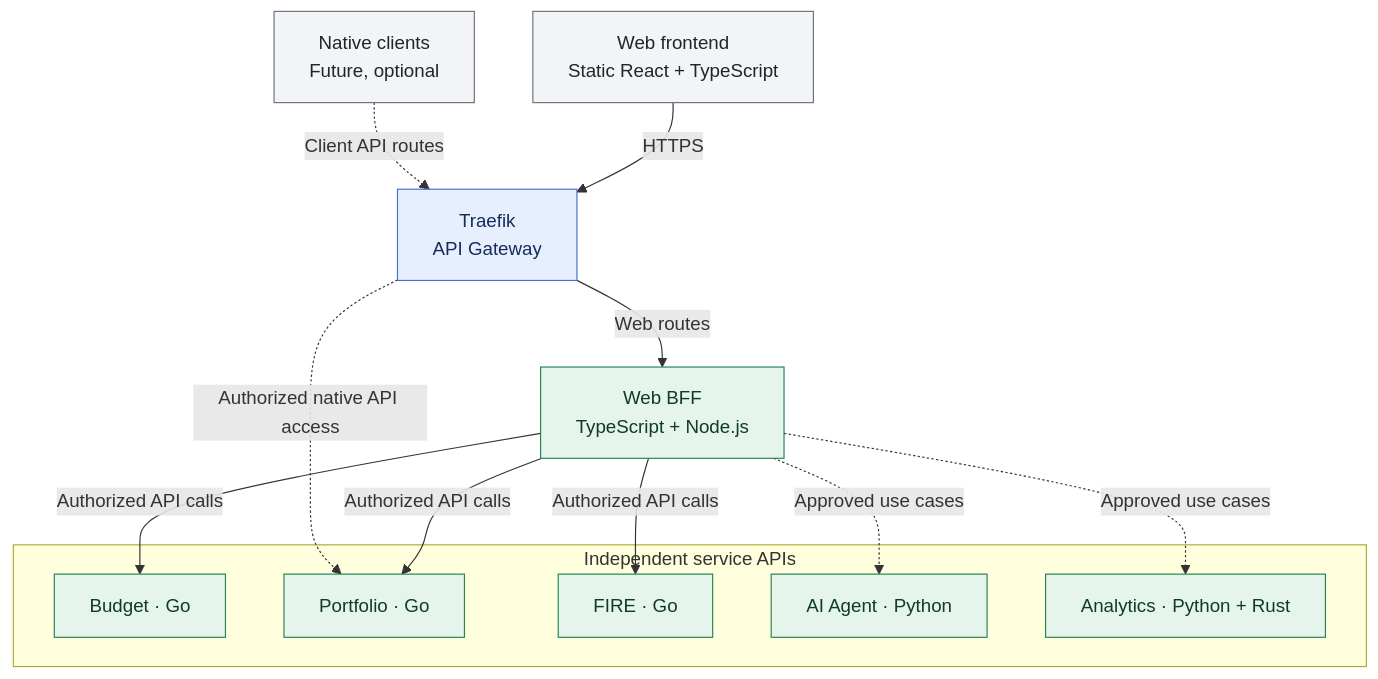
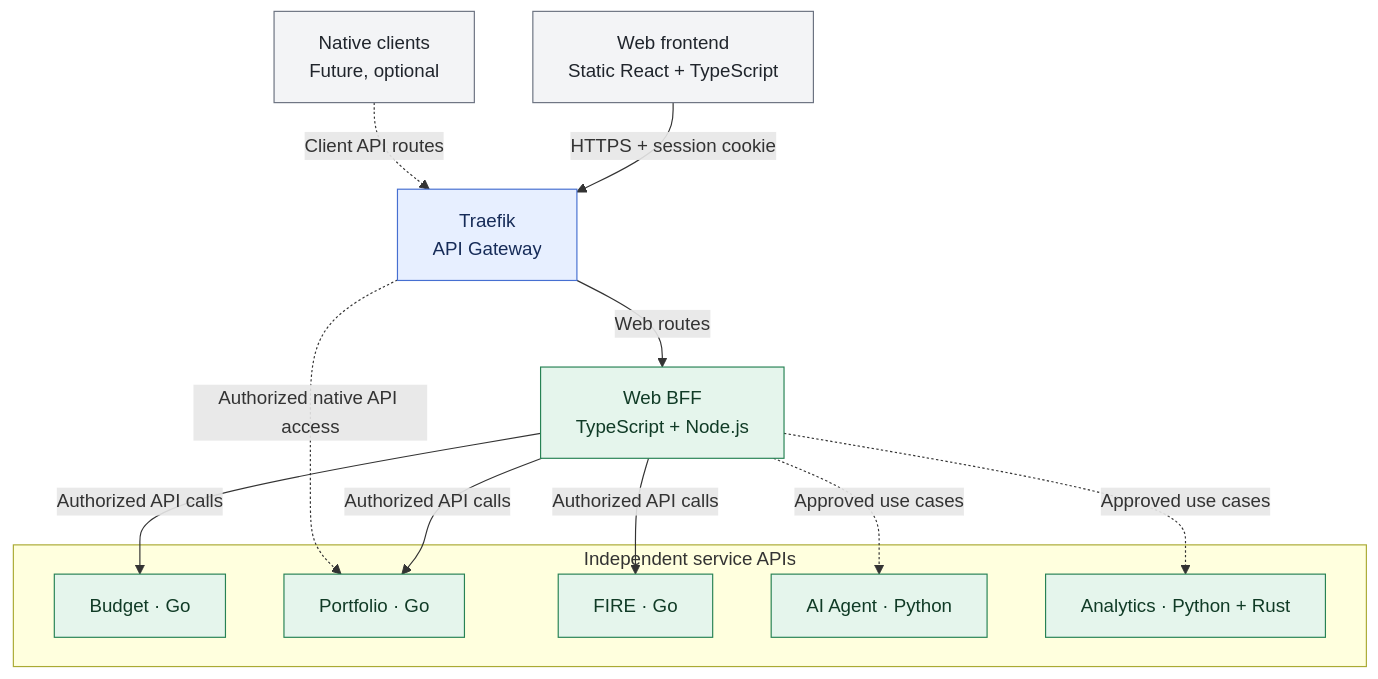
Before and after one commit to anton415/finance-lab: the diagram in docs/architecture/decisions/0002-traefik-api-gateway.md, drawn with Mermaid. The commit also changed other lines of this file and 5 other files, not shown here.

First line of the commit message:
docs(architecture): accept ADR-013 BFF-managed browser sessions

````diff
--- a/docs/architecture/decisions/0002-traefik-api-gateway.md
+++ b/docs/architecture/decisions/0002-traefik-api-gateway.md
@@ -21,32 +21,32 @@
 ```mermaid
 flowchart TD
     WEB["Web frontend<br/>Static React + TypeScript"]
     OTHER["Native clients<br/>Future, optional"]
     G["Traefik<br/>API Gateway"]
     BFF["Web BFF<br/>TypeScript + Node.js"]
 
     subgraph APIS["Independent service APIs"]
         B["Budget · Go"]
         P["Portfolio · Go"]
         F["FIRE · Go"]
         A["AI Agent · Python"]
         AN["Analytics · Python + Rust"]
     end
 
-    WEB -->|"HTTPS"| G
+    WEB -->|"HTTPS + session cookie"| G
     G -->|"Web routes"| BFF
     BFF -->|"Authorized API calls"| B
     BFF -->|"Authorized API calls"| P
     BFF -->|"Authorized API calls"| F
     BFF -.->|"Approved use cases"| A
     BFF -.->|"Approved use cases"| AN
     OTHER -.->|"Client API routes"| G
     G -.->|"Authorized native API access"| P
 
     classDef client fill:#F3F4F6,stroke:#6B7280,color:#20252C;
     classDef ingress fill:#E7EFFF,stroke:#466FD1,color:#162B58;
     classDef service fill:#E5F5EC,stroke:#278254,color:#103B26;
     class WEB,OTHER client;
     class G ingress;
     class BFF,B,P,F,A,AN service;
 ```
````
